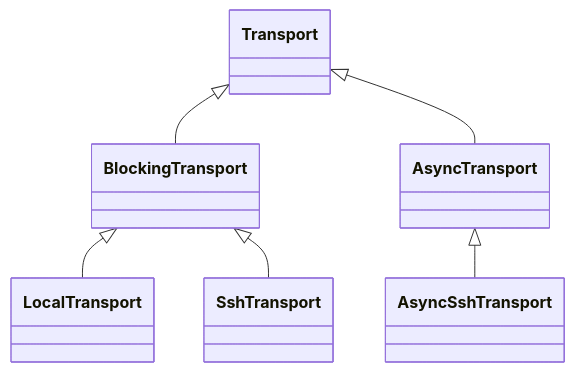
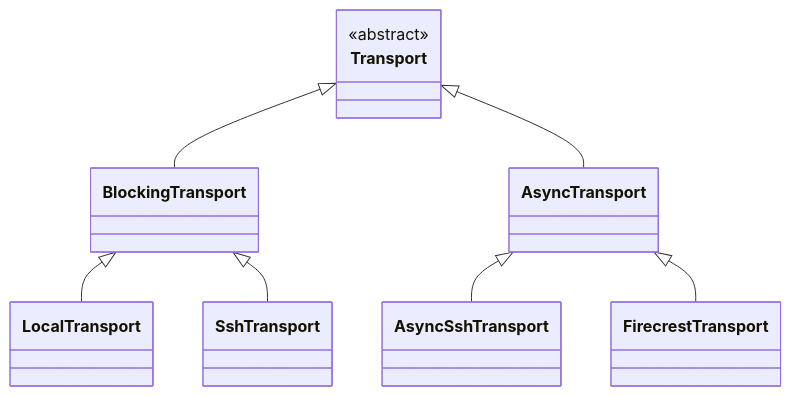
One commit to GeigerJ2/talks changed the third of 4 diagrams in slides/2026-09-07-mc-wp4/slides.md. Above: the diagram before and after it, drawn with Mermaid. The commit also changed other lines of this file and 4 other files, not shown here.

````diff
--- a/slides/2026-09-07-mc-wp4/slides.md
+++ b/slides/2026-09-07-mc-wp4/slides.md
@@ -419,8 +597,10 @@
 ```mermaid {scale: 0.42}
 classDiagram
+  class Transport { <<abstract>> }
   Transport <|-- BlockingTransport
   Transport <|-- AsyncTransport
   BlockingTransport <|-- LocalTransport
   BlockingTransport <|-- SshTransport
   AsyncTransport <|-- AsyncSshTransport
+  AsyncTransport <|-- FirecrestTransport
 ```
````
